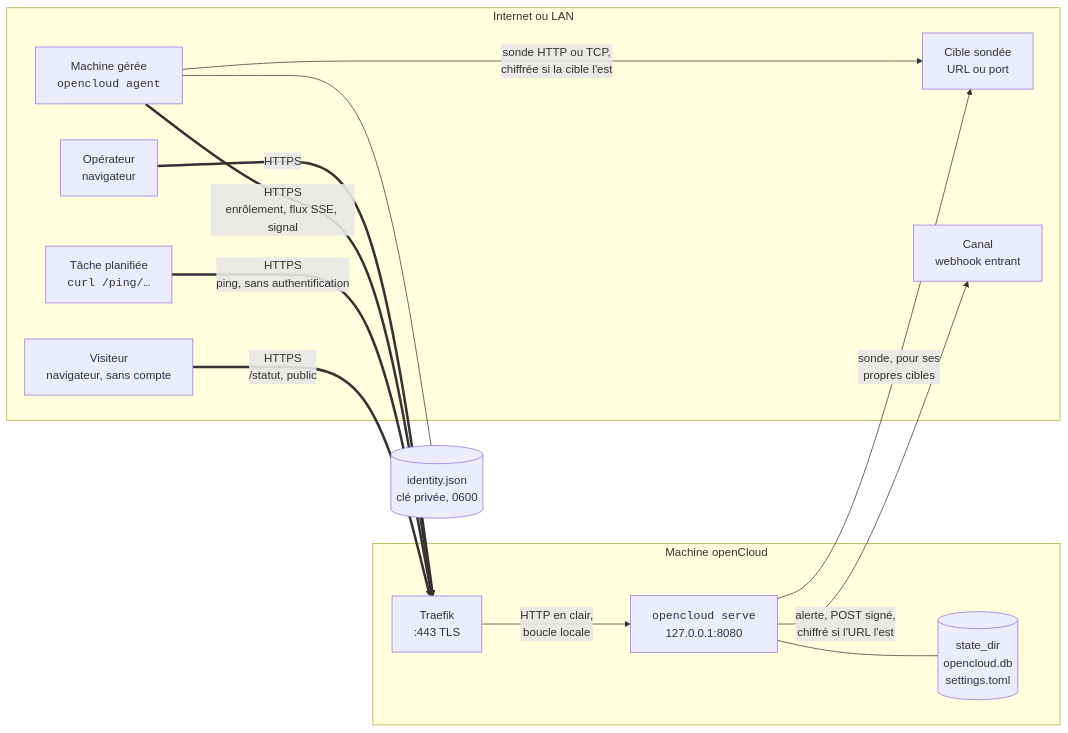
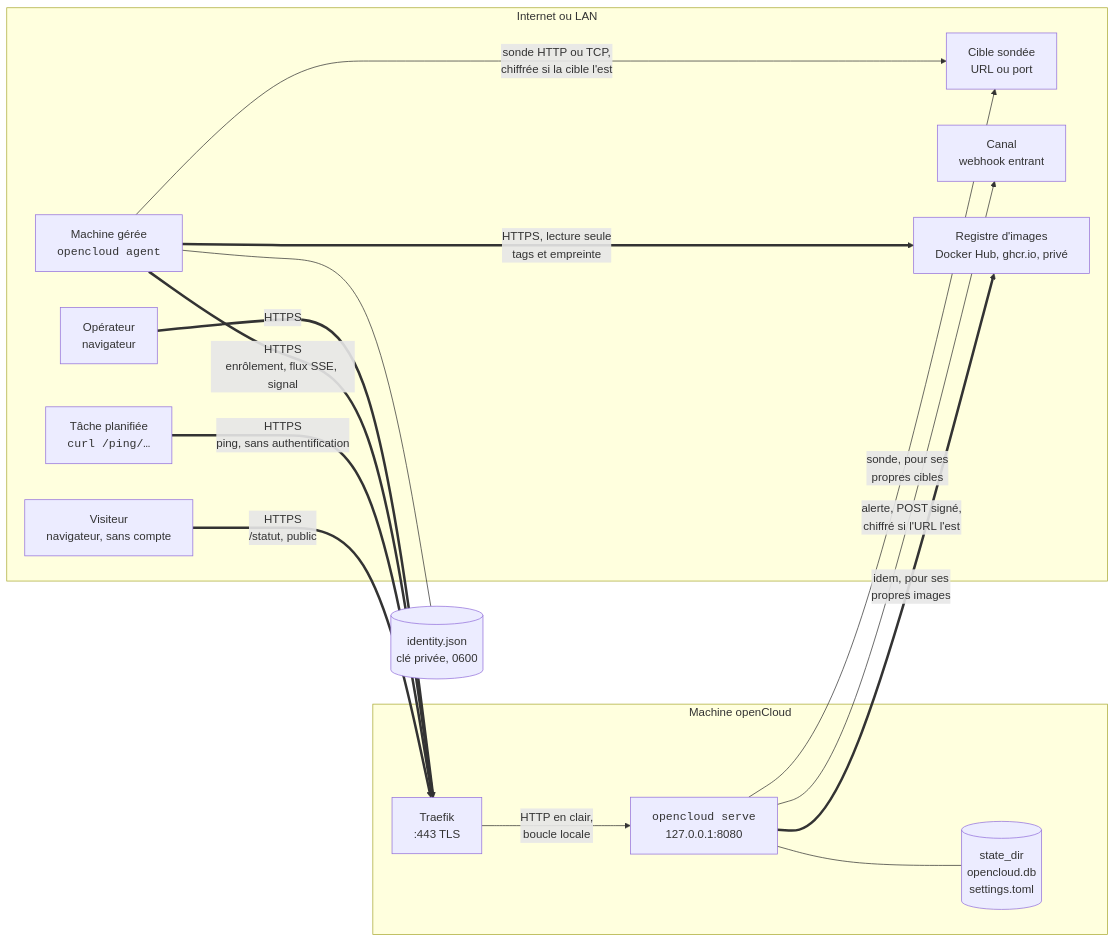
Before and after one commit to ldesfontaine/opencloud: the diagram in docs/projet/22-fonctionnement.md, drawn with Mermaid. The commit also changed other lines of this file and 1 other file, not shown here.

Commit message:
docs(mises-a-jour): comment une image est comparée à son registre ; acteur, flux, stockage, quota du Hub, commande jamais exécutée

````diff
--- a/docs/projet/22-fonctionnement.md
+++ b/docs/projet/22-fonctionnement.md
@@ -26,26 +27,29 @@
 ```mermaid
 flowchart LR
     subgraph internet["Internet ou LAN"]
         op["Opérateur<br>navigateur"]
         ag["Machine gérée<br><code>opencloud agent</code>"]
         job["Tâche planifiée<br><code>curl /ping/…</code>"]
         tgt["Cible sondée<br>URL ou port"]
         vis["Visiteur<br>navigateur, sans compte"]
         hook["Canal<br>webhook entrant"]
+        reg["Registre d'images<br>Docker Hub, ghcr.io, privé"]
     end
     subgraph oc["Machine openCloud"]
         tr["Traefik<br>:443 TLS"]
         srv["<code>opencloud serve</code><br>127.0.0.1:8080"]
         db[("state_dir<br>opencloud.db<br>settings.toml")]
         tr -- "HTTP en clair,<br>boucle locale" --> srv
         srv --- db
     end
     op == "HTTPS" ==> tr
     ag == "HTTPS<br>enrôlement, flux SSE, signal" ==> tr
     job == "HTTPS<br>ping, sans authentification" ==> tr
     vis == "HTTPS<br>/statut, public" ==> tr
     ag -- "sonde HTTP ou TCP,<br>chiffrée si la cible l'est" --> tgt
     srv -- "sonde, pour ses<br>propres cibles" --> tgt
     srv -- "alerte, POST signé,<br>chiffré si l'URL l'est" --> hook
+    ag == "HTTPS, lecture seule<br>tags et empreinte" ==> reg
+    srv == "idem, pour ses<br>propres images" ==> reg
     ag --- id[("identity.json<br>clé privée, 0600")]
 ```
````
